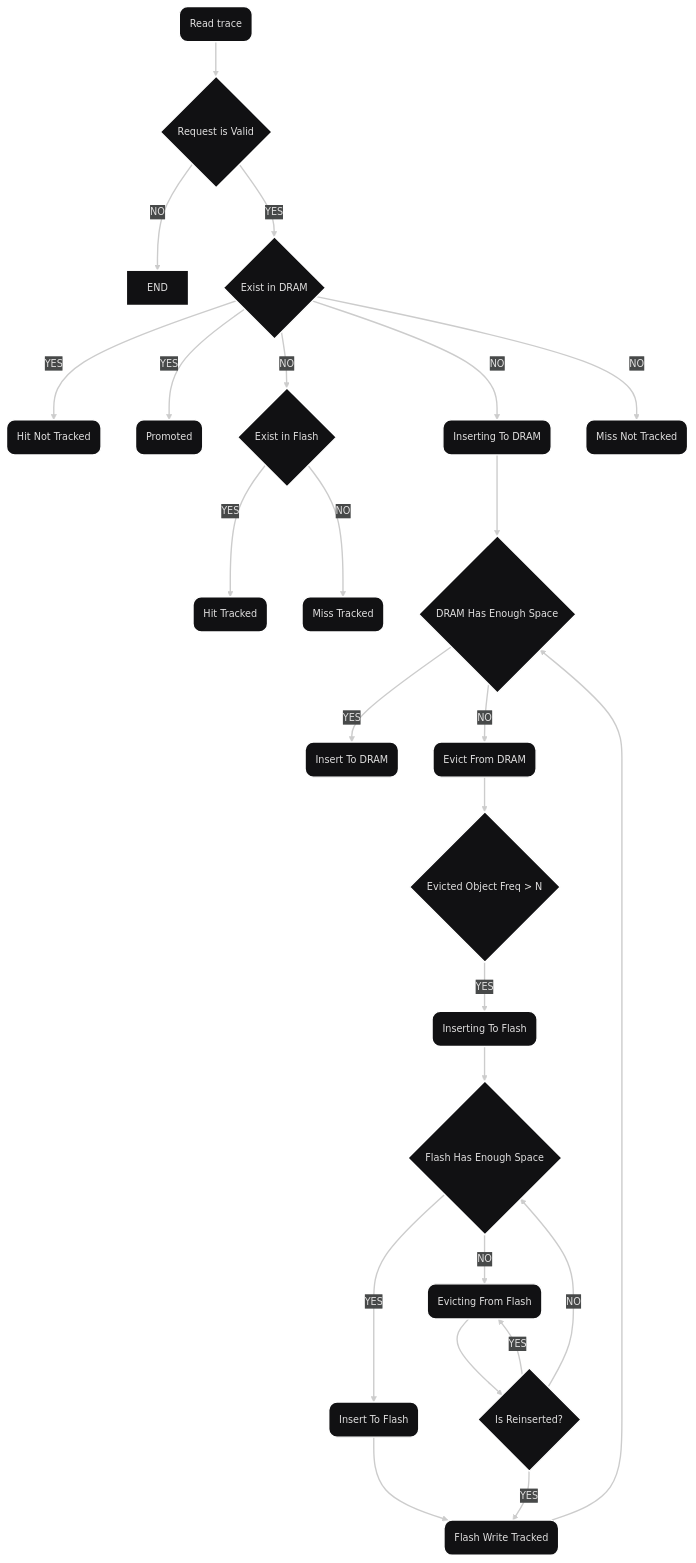
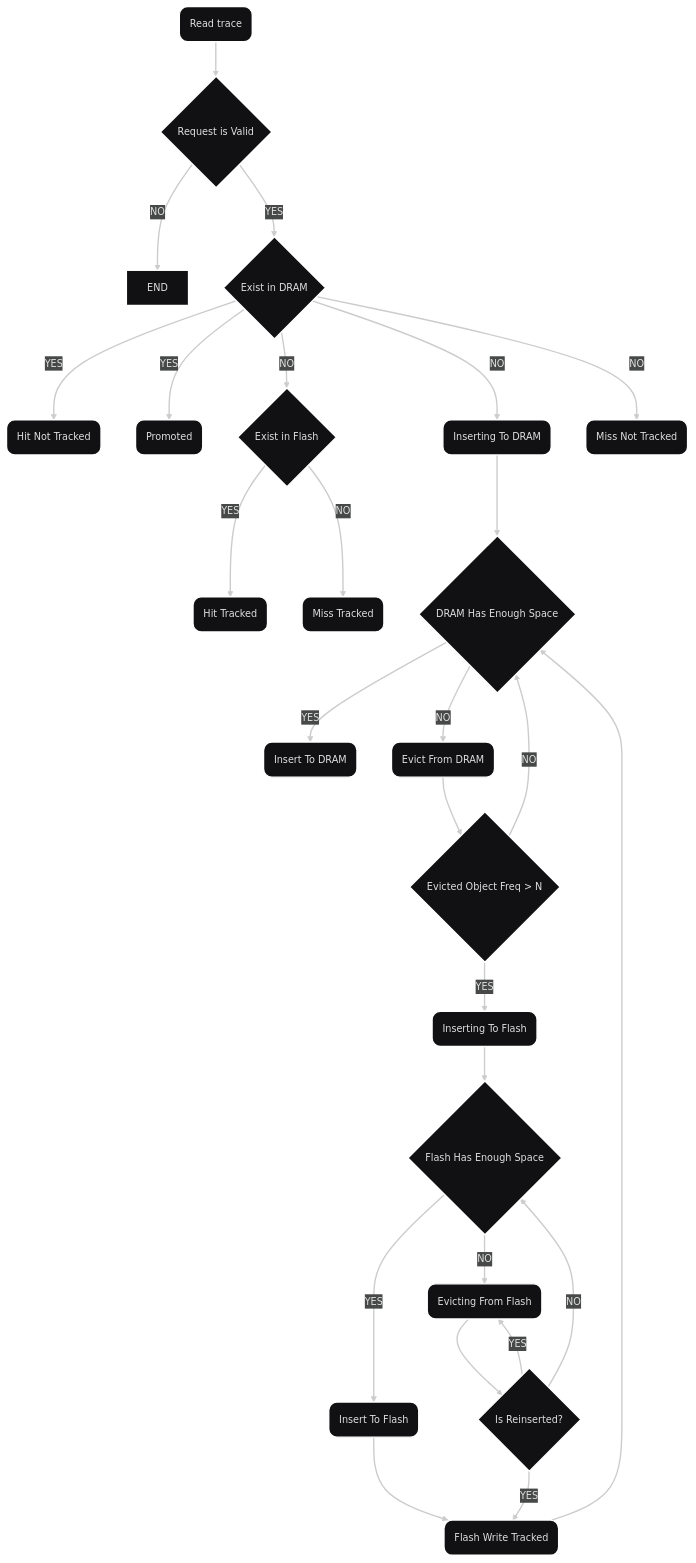
The diagram in diagrams/flow_chart.mmd (muhhae/OptimalClockOffline), drawn with Mermaid before and after one commit. The commit also changed 1 other file, not shown here.

Commit message:
update flowchart

```diff
--- a/diagrams/flow_chart.mmd
+++ b/diagrams/flow_chart.mmd
@@ -1,41 +1,43 @@
 ---
 config:
   theme: redux-dark
   displayMode: compact
 ---
 flowchart TD
     ReadTrace(Read trace) --> ReqValid{Request is Valid}
 
     ReqValid -- NO --> END
     ReqValid -- YES --> ExistInDram{Exist in DRAM}
 
     ExistInDram -- YES --> HitNotTracked(Hit Not Tracked)
     ExistInDram -- YES --> PromotedInDram(Promoted)
 
     ExistInDram -- NO --> ExistInFlash{Exist in Flash}
     ExistInDram -- NO --> InsertingToDram(Inserting To DRAM)
     ExistInDram -- NO --> MissNotTracked(Miss Not Tracked)
 
     ExistInFlash -- YES --> HitTracked(Hit Tracked)
     ExistInFlash -- NO --> MissTracked(Miss Tracked)
 
     InsertingToDram --> DramHasSpace{DRAM Has Enough Space}
     DramHasSpace -- YES --> InsertToDram(Insert To DRAM)
     DramHasSpace -- NO --> EvictFromDram(Evict From DRAM)
 
     EvictFromDram --> EvictedObjFreqMtN{Evicted Object Freq > N}
 
     EvictedObjFreqMtN -- YES --> InsertingToFlash(Inserting To Flash)
+    EvictedObjFreqMtN -- NO --> DramHasSpace
+
     InsertToFlash --> FlashWriteTracked(Flash Write Tracked)
 
     InsertingToFlash --> FlashHasSpace{Flash Has Enough Space}
     FlashHasSpace -- YES --> InsertToFlash(Insert To Flash)
     FlashHasSpace -- NO --> EvictFromFlash(Evicting From Flash)
 
     EvictFromFlash --> IsPromoted{Is Reinserted?}
 
     IsPromoted -- YES --> FlashWriteTracked
     IsPromoted -- YES --> EvictFromFlash
     IsPromoted -- NO --> FlashHasSpace
 
     FlashWriteTracked --> DramHasSpace
```
